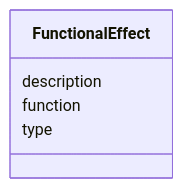
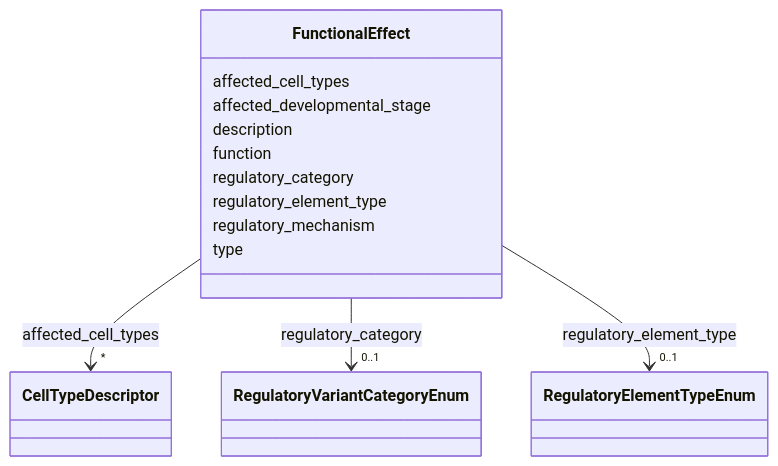
One commit to monarch-initiative/dismech changed the diagram in docs/schema/classes/FunctionalEffect.md. Above: the diagram before and after it, drawn with Mermaid. The commit also changed other lines of this file and 1343 other files, not shown here.

First line of the commit message:
docs: regenerate schema docs and point design-decisions link at rendered page

````diff
--- a/docs/schema/classes/FunctionalEffect.md
+++ b/docs/schema/classes/FunctionalEffect.md
@@ -13,12 +18,49 @@
 ```mermaid
  classDiagram
     class FunctionalEffect
     click FunctionalEffect href "../../classes/FunctionalEffect/"
+      FunctionalEffect : affected_cell_types
+        
+          
+    
+        
+        
+        FunctionalEffect --> "*" CellTypeDescriptor : affected_cell_types
+        click CellTypeDescriptor href "../../classes/CellTypeDescriptor/"
+    
+
+        
+      FunctionalEffect : affected_developmental_stage
+        
       FunctionalEffect : description
         
       FunctionalEffect : function
+        
+      FunctionalEffect : regulatory_category
+        
+          
+    
+        
+        
+        FunctionalEffect --> "0..1" RegulatoryVariantCategoryEnum : regulatory_category
+        click RegulatoryVariantCategoryEnum href "../../enums/RegulatoryVariantCategoryEnum/"
+    
+
+        
+      FunctionalEffect : regulatory_element_type
+        
+          
+    
+        
+        
+        FunctionalEffect --> "0..1" RegulatoryElementTypeEnum : regulatory_element_type
+        click RegulatoryElementTypeEnum href "../../enums/RegulatoryElementTypeEnum/"
+    
+
+        
+      FunctionalEffect : regulatory_mechanism
         
       FunctionalEffect : type
         
       
 ```
````
